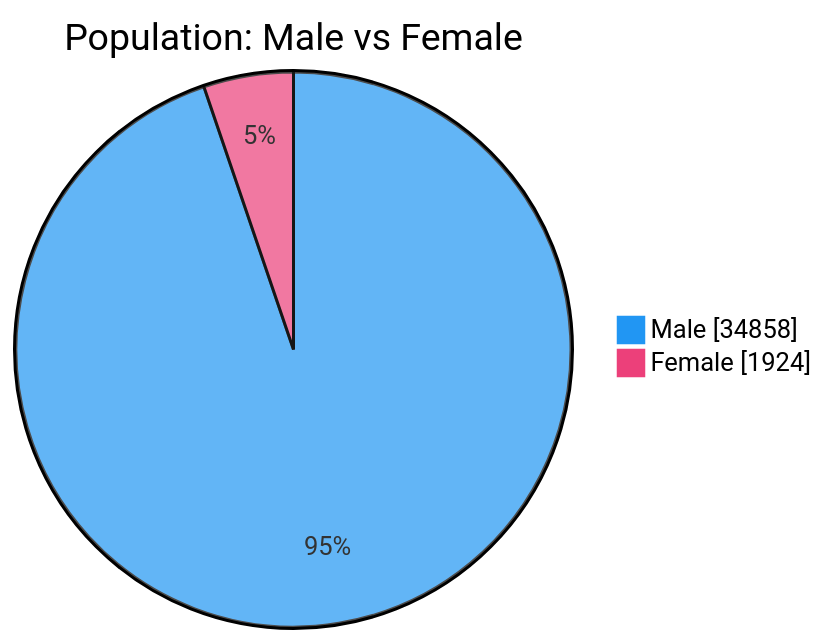
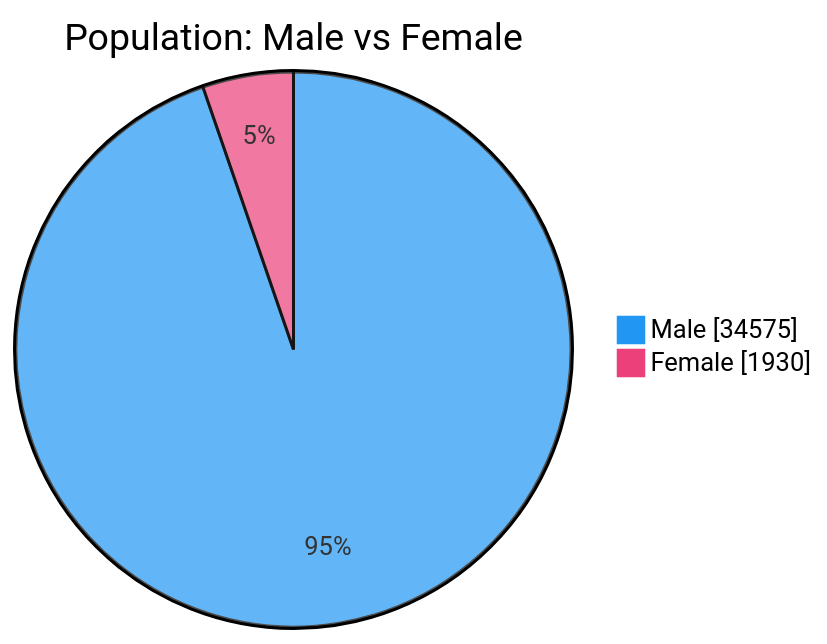
The second of 7 diagrams in README.md (nuuuwan/lk_prisons), drawn with Mermaid before and after one commit. The commit also changed other lines of this file and 1 other file, not shown here.

````diff
--- a/README.md
+++ b/README.md
@@ -54,6 +54,6 @@
 ```mermaid
 %%{init: {'themeVariables': {'pie1': '#2196F3', 'pie2': '#EC407A'}}}%%
 pie showData title Population: Male vs Female
-    "Male" : 34858
-    "Female" : 1924
+    "Male" : 34575
+    "Female" : 1930
 ```
````
